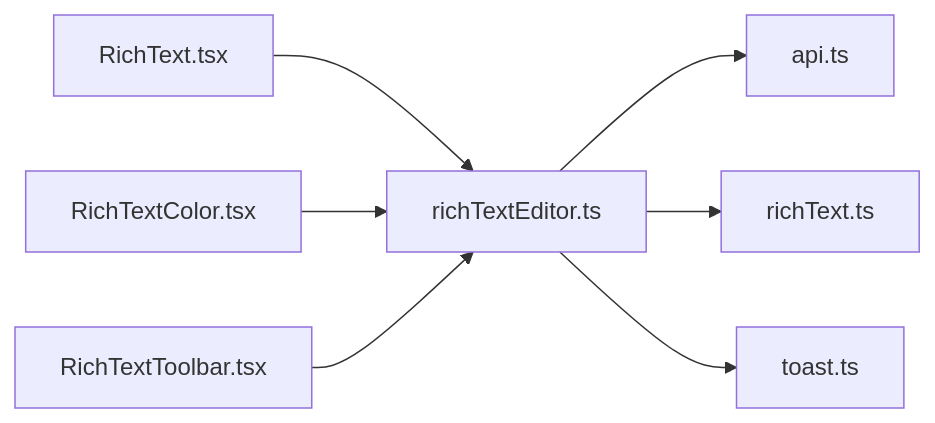
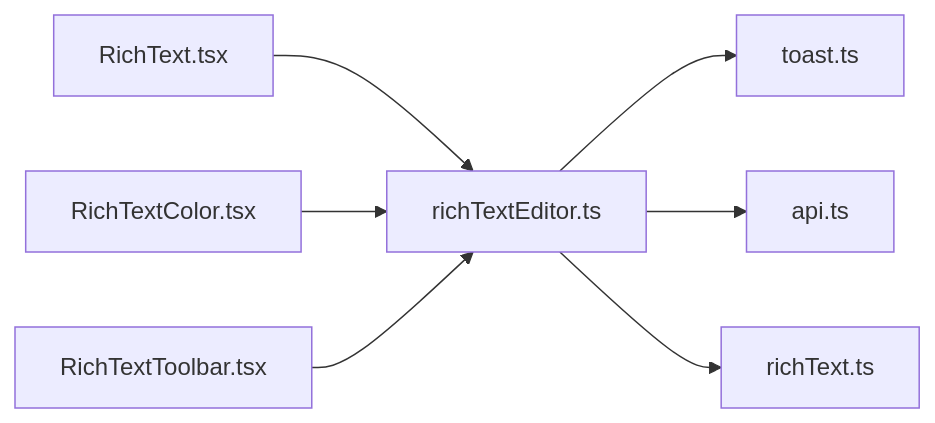
One commit to minkong-dev/Banblit changed the diagram in .cluedoc/graph/frontend/src/components/richTextEditor.md. Above: the diagram before and after it, drawn with Mermaid. The commit also changed other lines of this file and 47 other files, not shown here.

Commit message:
frontend: move toast into components

````diff
--- a/.cluedoc/graph/frontend/src/components/richTextEditor.md
+++ b/.cluedoc/graph/frontend/src/components/richTextEditor.md
@@ -10,10 +10,10 @@
 ```mermaid
 flowchart LR
   frontend_src_components_richTextEditor["richTextEditor.ts"]
+  frontend_src_components_richTextEditor --> frontend_src_components_toast["toast.ts"]
   frontend_src_components_richTextEditor --> frontend_src_lib_api["api.ts"]
   frontend_src_components_richTextEditor --> frontend_src_lib_richText["richText.ts"]
-  frontend_src_components_richTextEditor --> frontend_src_lib_toast["toast.ts"]
   frontend_src_components_RichText["RichText.tsx"] --> frontend_src_components_richTextEditor
   frontend_src_components_RichTextColor["RichTextColor.tsx"] --> frontend_src_components_richTextEditor
   frontend_src_components_RichTextToolbar["RichTextToolbar.tsx"] --> frontend_src_components_richTextEditor
 ```
````
